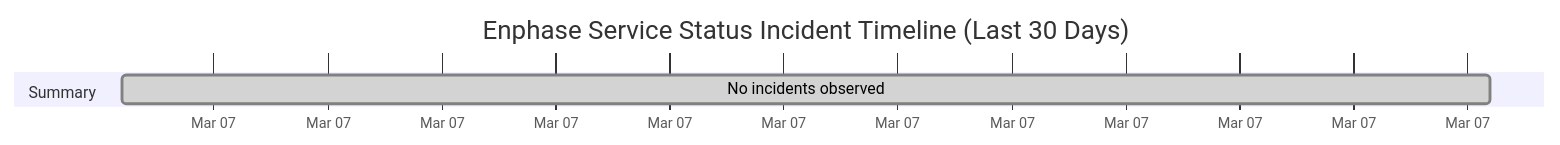
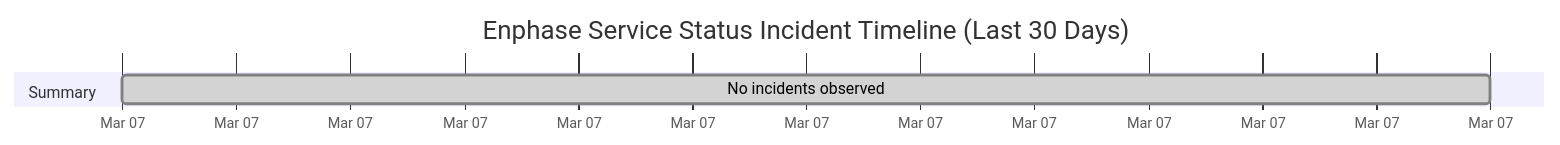
Before and after one commit to barneyonline/ha-enphase-ev-charger: the diagram in wiki/Service-Status-History.md, drawn with Mermaid. The commit also changed other lines of this file and 3 other files, not shown here.

````diff
--- a/wiki/Service-Status-History.md
+++ b/wiki/Service-Status-History.md
@@ -14,8 +14,8 @@
 ```mermaid
 gantt
     title Enphase Service Status Incident Timeline (Last 30 Days)
     dateFormat  YYYY-MM-DDTHH:mm:ss
     axisFormat  %b %d
     section Summary
-    No incidents observed :done, 2026-03-07T18:20:56, 1m
+    No incidents observed :done, 2026-03-07T19:14:55, 1m
 ```
````
